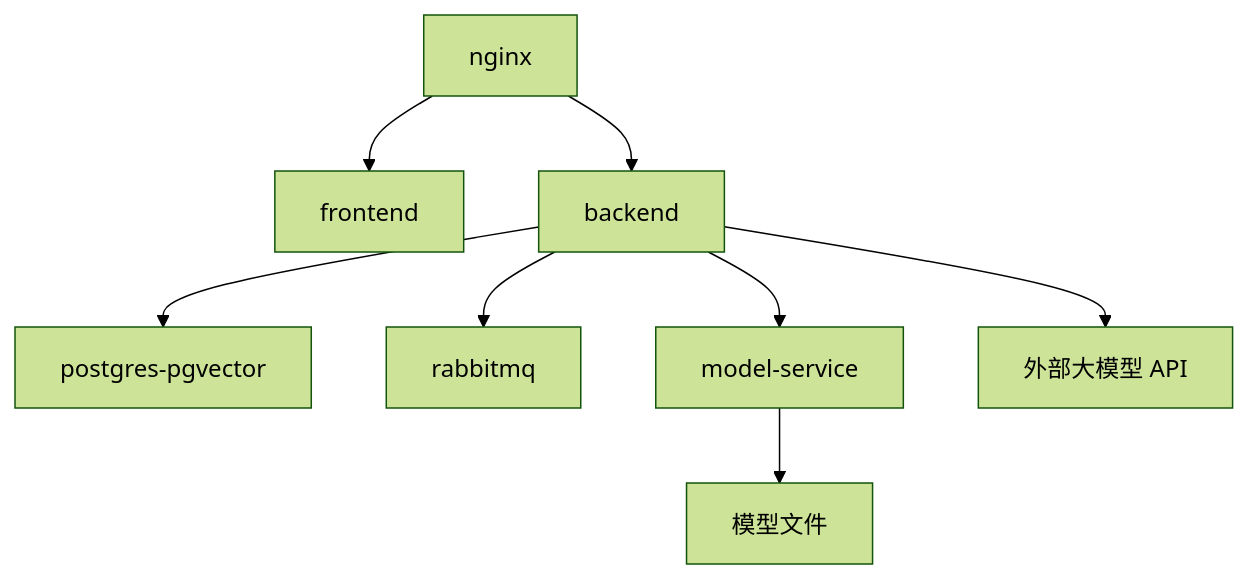
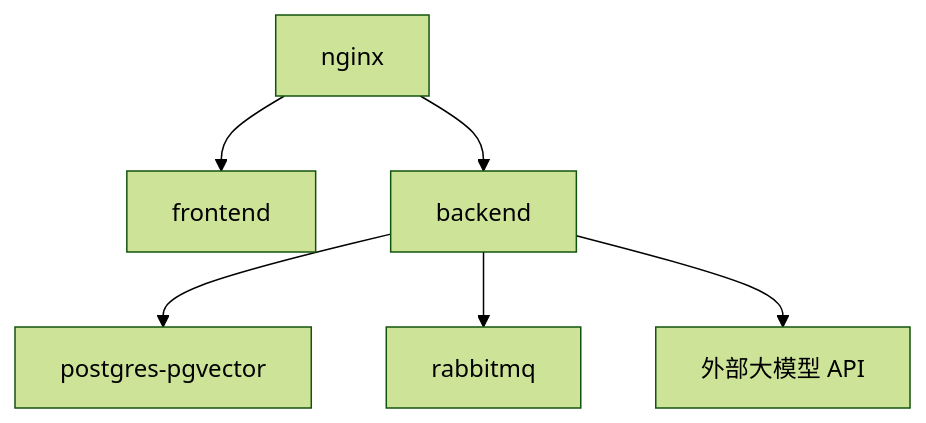
One commit to LinYsssss/ForgePilot changed the diagram in docs/08_部署环境与配置清单.md. Above: the diagram before and after it, drawn with Mermaid (forest theme). The commit also changed other lines of this file and 28 other files, not shown here.

First line of the commit message:
feat(P0): model-service 下线——架构清理,审查链路回归纯 RAG 上下文

````diff
--- a/docs/08_部署环境与配置清单.md
+++ b/docs/08_部署环境与配置清单.md
@@ -104,10 +101,8 @@
 ```mermaid
 flowchart TB
     N["nginx"] --> FE["frontend"]
     N --> BE["backend"]
     BE --> PG["postgres-pgvector"]
     BE --> MQ["rabbitmq"]
-    BE --> MS["model-service"]
     BE --> LLM["外部大模型 API"]
-    MS --> Model["模型文件"]
 ```
````
